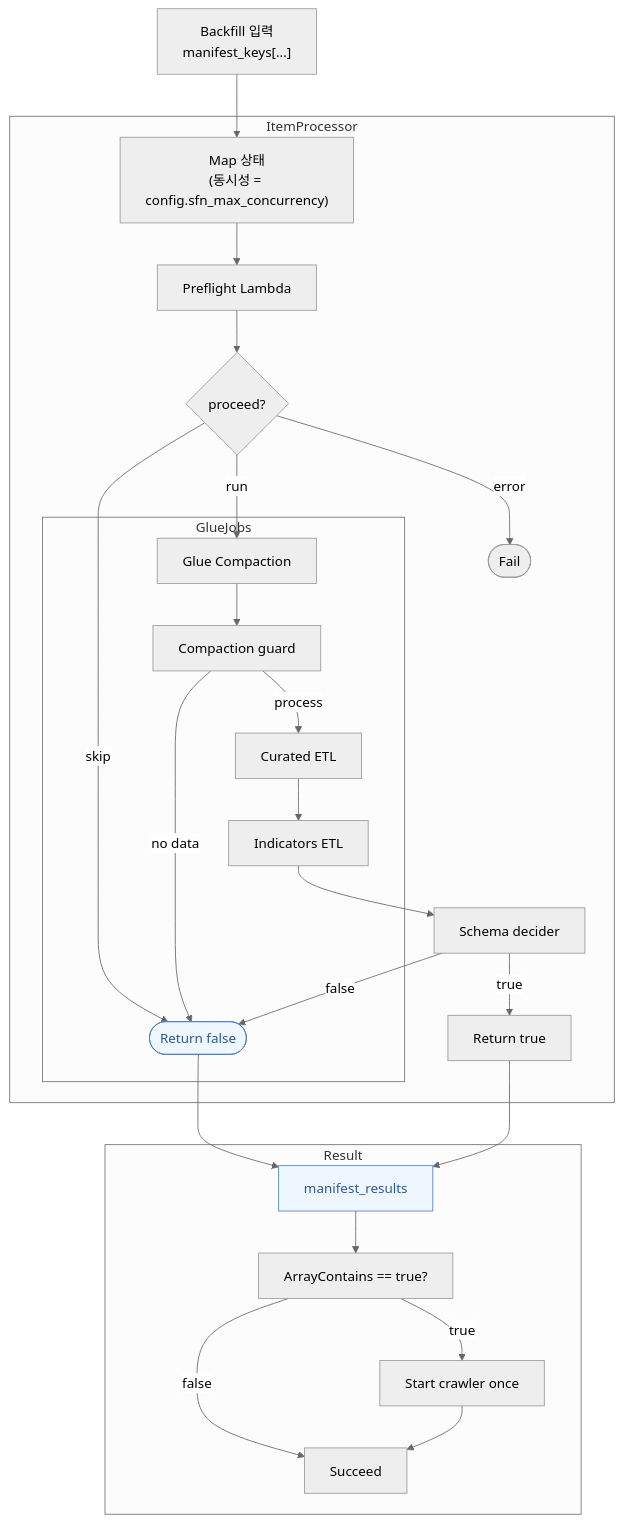
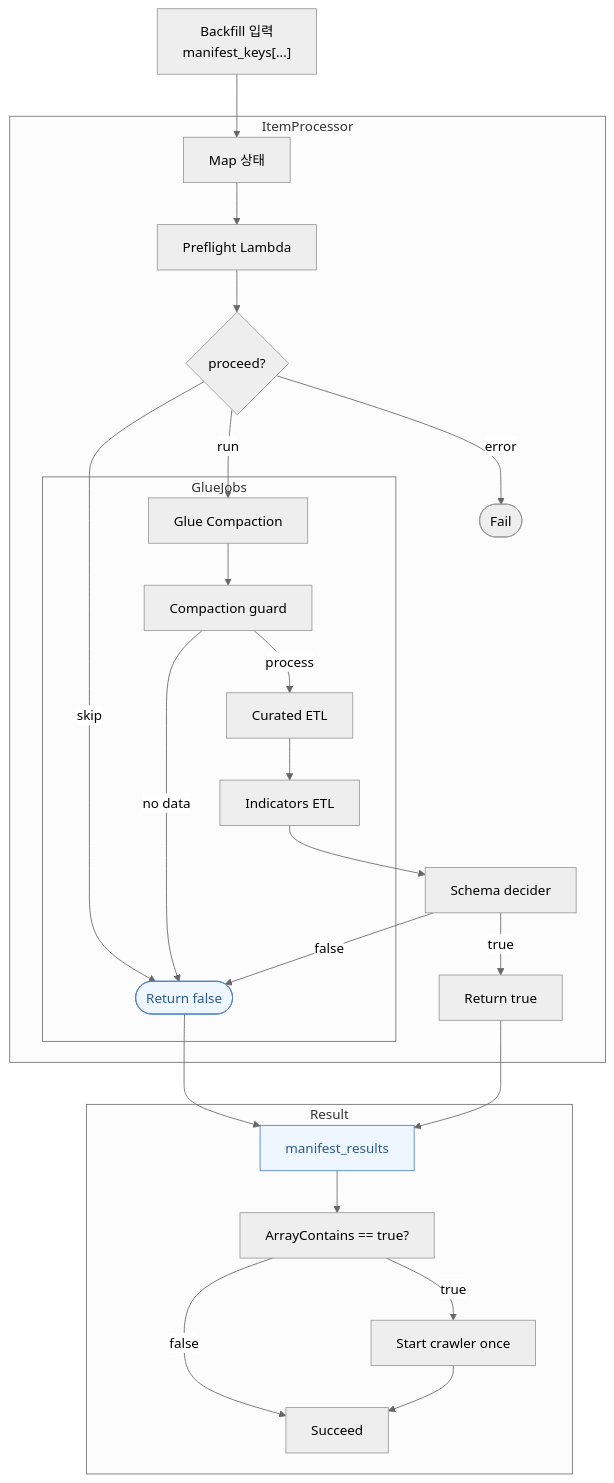
The diagram in docs/diagrams/transform/05-backfill-map.md (keemgdeok/fin-forge-pipeline), drawn with Mermaid (neutral theme) before and after one commit. The commit also changed 23 other files, not shown here.

Commit message:
docs: update docs/diagrams/

````diff
--- a/docs/diagrams/transform/05-backfill-map.md
+++ b/docs/diagrams/transform/05-backfill-map.md
@@ -1,33 +1,33 @@
 ```mermaid
 flowchart TD
-  A["Backfill 입력<br/>manifest_keys[...]"] --> M["Map 상태<br/>(동시성 = config.sfn_max_concurrency)"]
+  A["Backfill 입력<br/>manifest_keys[...]"] --> M["Map 상태"]
 
   subgraph ItemProcessor
     M --> P["Preflight Lambda"]
     P --> D{proceed?}
     D -->|skip| SKIP(["Return false"])
     D -->|error| FAIL(["Fail"])
     D -->|run| COMP["Glue Compaction"]
     subgraph GlueJobs
       COMP --> GUARD["Compaction guard"]
       GUARD -->|no data| SKIP
       GUARD -->|process| ETL["Curated ETL"]
       ETL --> IND["Indicators ETL"]
     end
     IND --> DECIDE["Schema decider"]
     DECIDE -->|true| TRUE["Return true"]
     DECIDE -->|false| SKIP
   end
 
   subgraph Result
     SKIP --> Z["manifest_results"]
     TRUE --> Z
     Z --> AGG["ArrayContains == true?"]
     AGG -->|true| CRAWLER["Start crawler once"]
     AGG -->|false| DONE["Succeed"]
     CRAWLER --> DONE
   end
 
   classDef skip fill:#eef6ff,stroke:#5080c1,color:#2d5a8d;
   class SKIP,Z skip;
 ```
````
